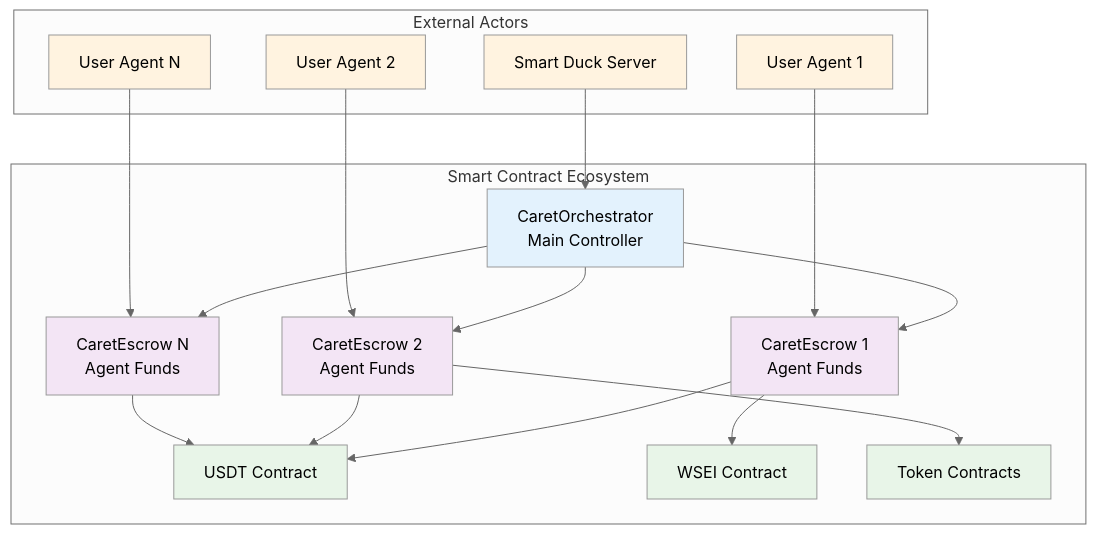
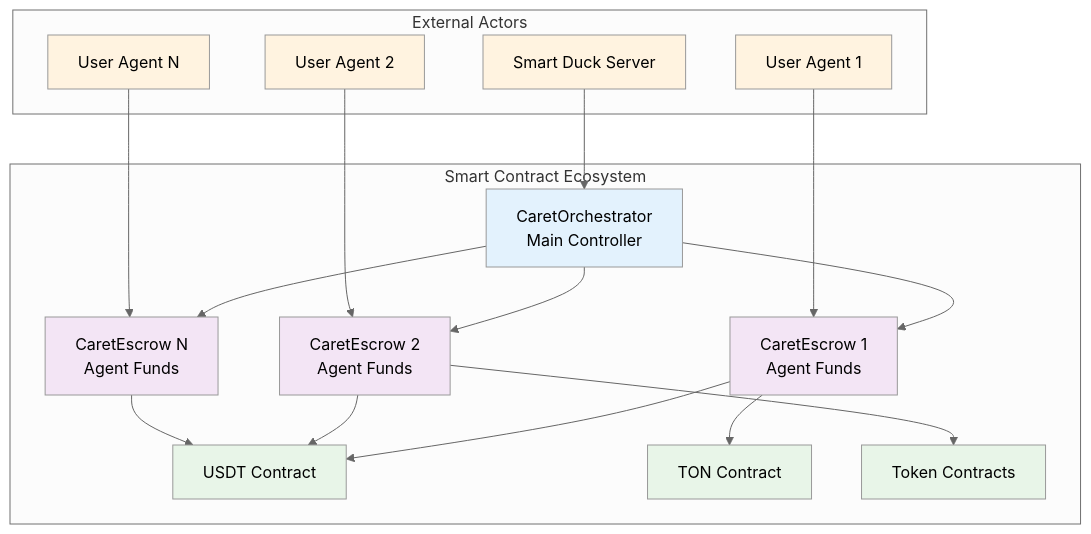
The diagram in src/client/public/docs/guide/smart-contracts/overview.md (3ickleonerd/sei-trader), drawn with Mermaid (neutral theme) before and after one commit. The commit also changed 15 other files, not shown here.

````diff
--- a/src/client/public/docs/guide/smart-contracts/overview.md
+++ b/src/client/public/docs/guide/smart-contracts/overview.md
@@ -7,42 +7,42 @@
 ```mermaid
 graph TB
     subgraph "Smart Contract Ecosystem"
         ORCH[CaretOrchestrator<br/>Main Controller]
         ESC1[CaretEscrow 1<br/>Agent Funds]
         ESC2[CaretEscrow 2<br/>Agent Funds]
         ESC3[CaretEscrow N<br/>Agent Funds]
         TOKEN1[USDT Contract]
-        TOKEN2[WSEI Contract]
+        TOKEN2[TON Contract]
         TOKEN3[Token Contracts]
     end
     
     subgraph "External Actors"
         SERVER[Smart Duck Server]
         USER1[User Agent 1]
         USER2[User Agent 2]
         USER3[User Agent N]
     end
     
     SERVER --> ORCH
     ORCH --> ESC1
     ORCH --> ESC2
     ORCH --> ESC3
     USER1 --> ESC1
     USER2 --> ESC2
     USER3 --> ESC3
     ESC1 --> TOKEN1
     ESC1 --> TOKEN2
     ESC2 --> TOKEN1
     ESC2 --> TOKEN3
     ESC3 --> TOKEN1
     
     classDef contract fill:#e3f2fd
     classDef escrow fill:#f3e5f5
     classDef token fill:#e8f5e8
     classDef external fill:#fff3e0
     
     class ORCH contract
     class ESC1,ESC2,ESC3 escrow
     class TOKEN1,TOKEN2,TOKEN3 token
     class SERVER,USER1,USER2,USER3 external
 ```
````
